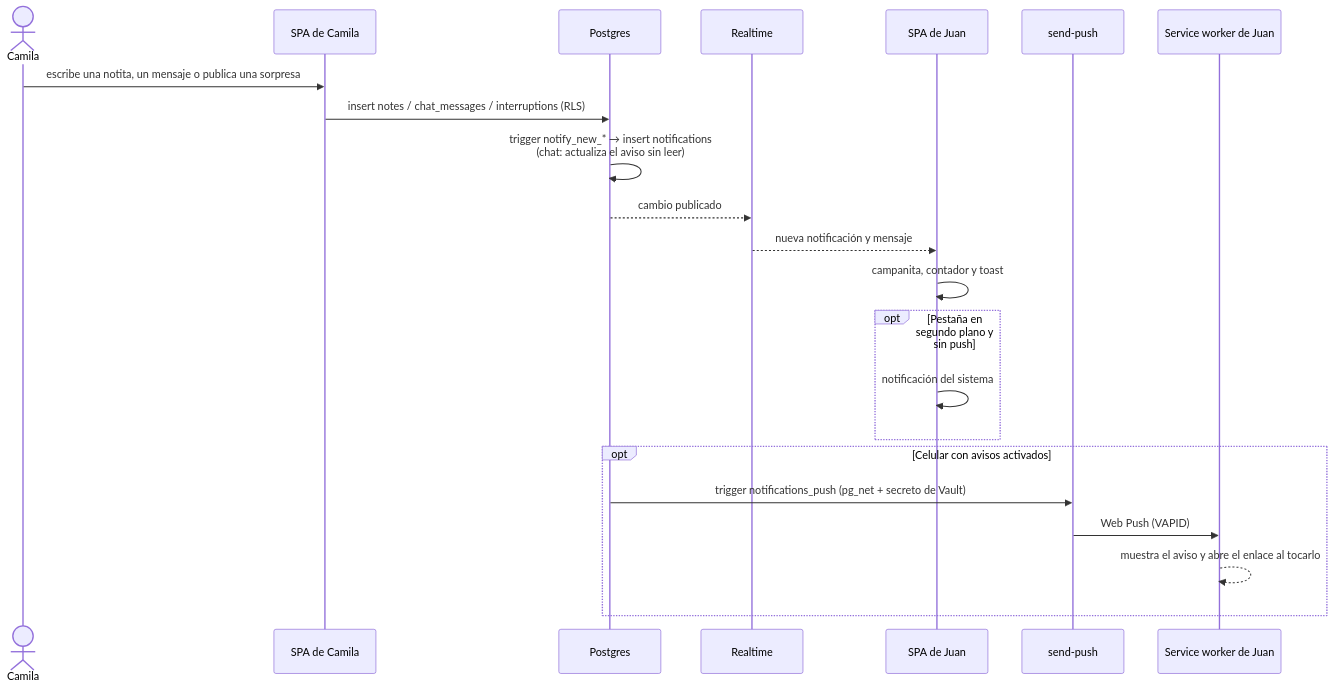
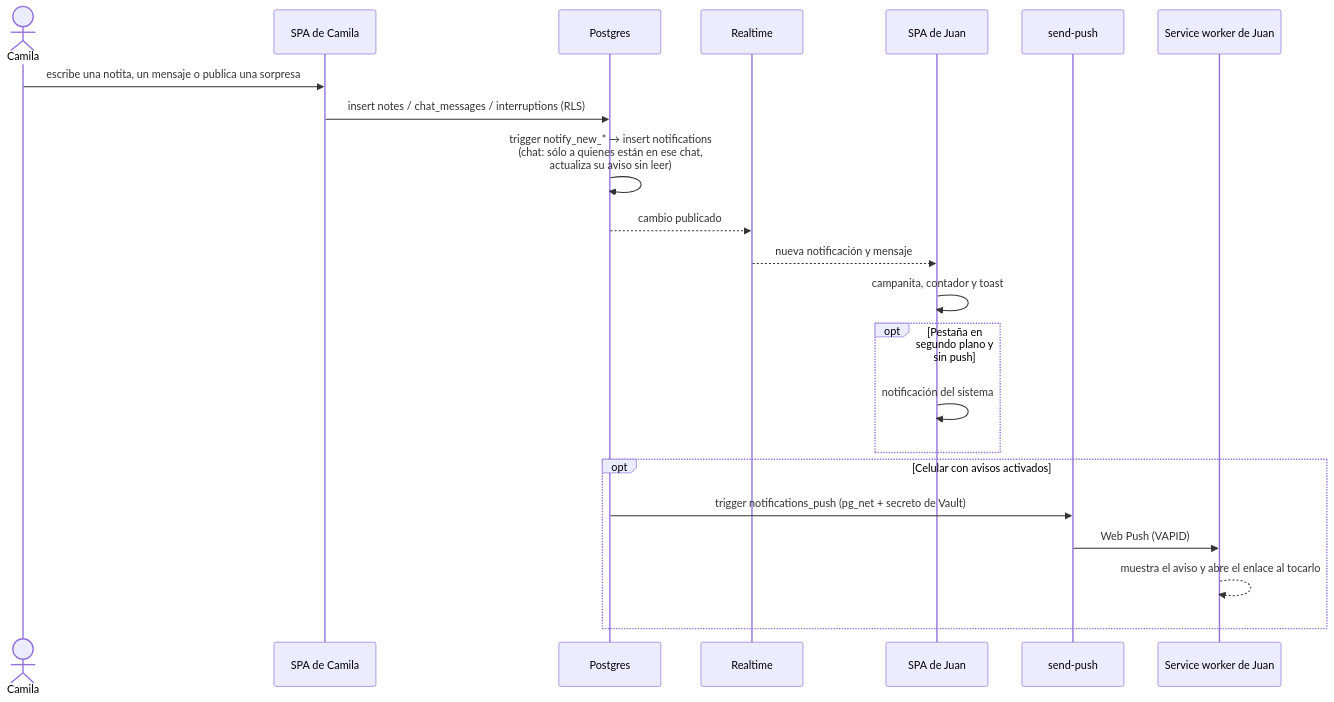
Before and after one commit to Juan-Carlos-Estevez-Vargas/Camila-Sanchez: the eighth of 38 diagrams in docs/DIAGRAMAS.md, drawn with Mermaid. The commit also changed other lines of this file and 5 other files, not shown here.

First line of the commit message:
docs: diagramas y README de la app de chat

````diff
--- a/docs/DIAGRAMAS.md
+++ b/docs/DIAGRAMAS.md
@@ -209,25 +210,25 @@
 ```mermaid
 sequenceDiagram
   actor C as Camila
   participant A as SPA de Camila
   participant DB as Postgres
   participant RT as Realtime
   participant B as SPA de Juan
   participant SP as send-push
   participant SW as Service worker de Juan
 
   C->>A: escribe una notita, un mensaje o publica una sorpresa
   A->>DB: insert notes / chat_messages / interruptions (RLS)
-  DB->>DB: trigger notify_new_* → insert notifications<br/>(chat: actualiza el aviso sin leer)
+  DB->>DB: trigger notify_new_* → insert notifications<br/>(chat: sólo a quienes están en ese chat,<br/>actualiza su aviso sin leer)
   DB-->>RT: cambio publicado
   RT-->>B: nueva notificación y mensaje
   B->>B: campanita, contador y toast
   opt Pestaña en segundo plano y sin push
     B->>B: notificación del sistema
   end
   opt Celular con avisos activados
     DB->>SP: trigger notifications_push (pg_net + secreto de Vault)
     SP->>SW: Web Push (VAPID)
     SW-->>SW: muestra el aviso y abre el enlace al tocarlo
   end
 ```
````
